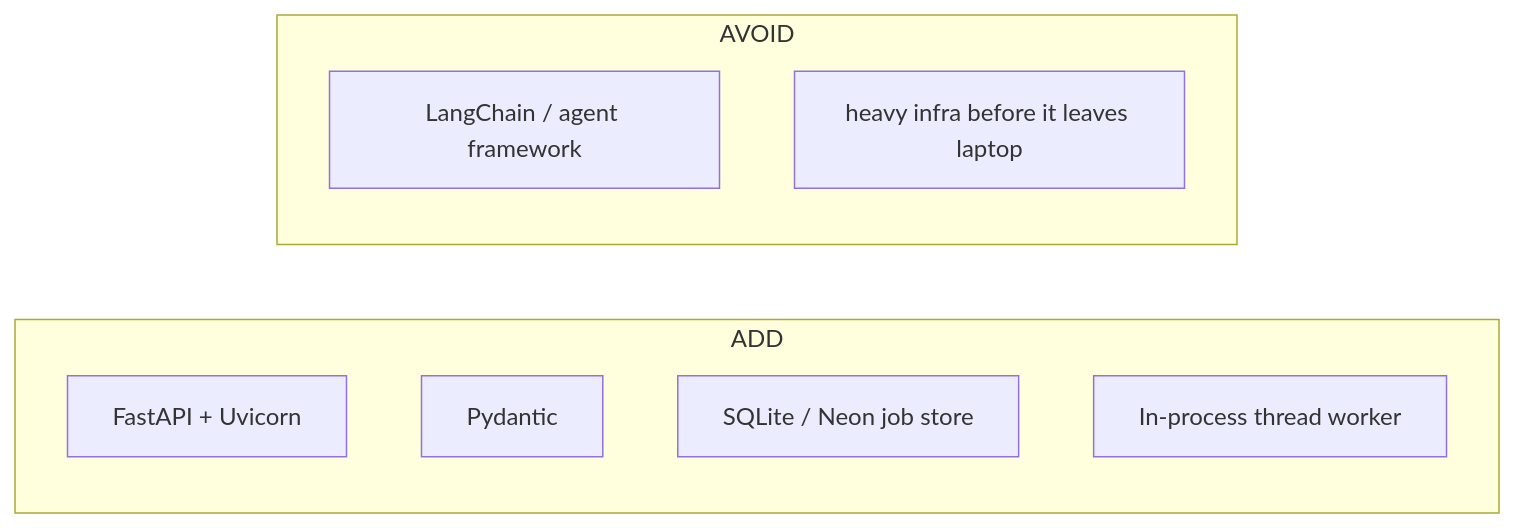
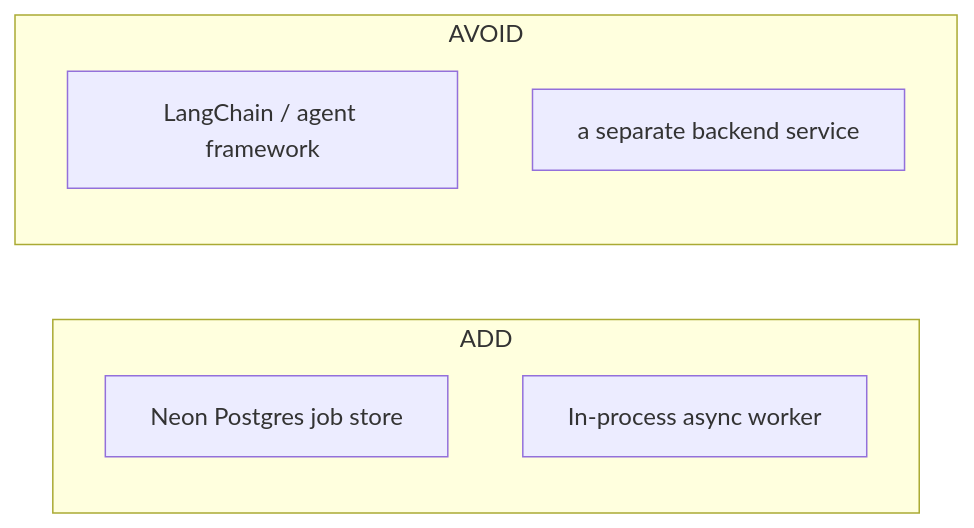
Before and after one commit to quochuydev/agent-chat: the diagram in docs/architecture/02-tech-stack.md, drawn with Mermaid. The commit also changed other lines of this file and 89 other files, not shown here.

````diff
--- a/docs/architecture/02-tech-stack.md
+++ b/docs/architecture/02-tech-stack.md
@@ -29,13 +27,11 @@
 ```mermaid
 flowchart LR
     subgraph ADD
-      A1[FastAPI + Uvicorn]
-      A2[Pydantic]
-      A3[SQLite / Neon job store]
-      A4[In-process thread worker]
+      A1[Neon Postgres job store]
+      A2[In-process async worker]
     end
     subgraph AVOID
       N1[LangChain / agent framework]
-      N2[heavy infra before it leaves laptop]
+      N2[a separate backend service]
     end
 ```
````
